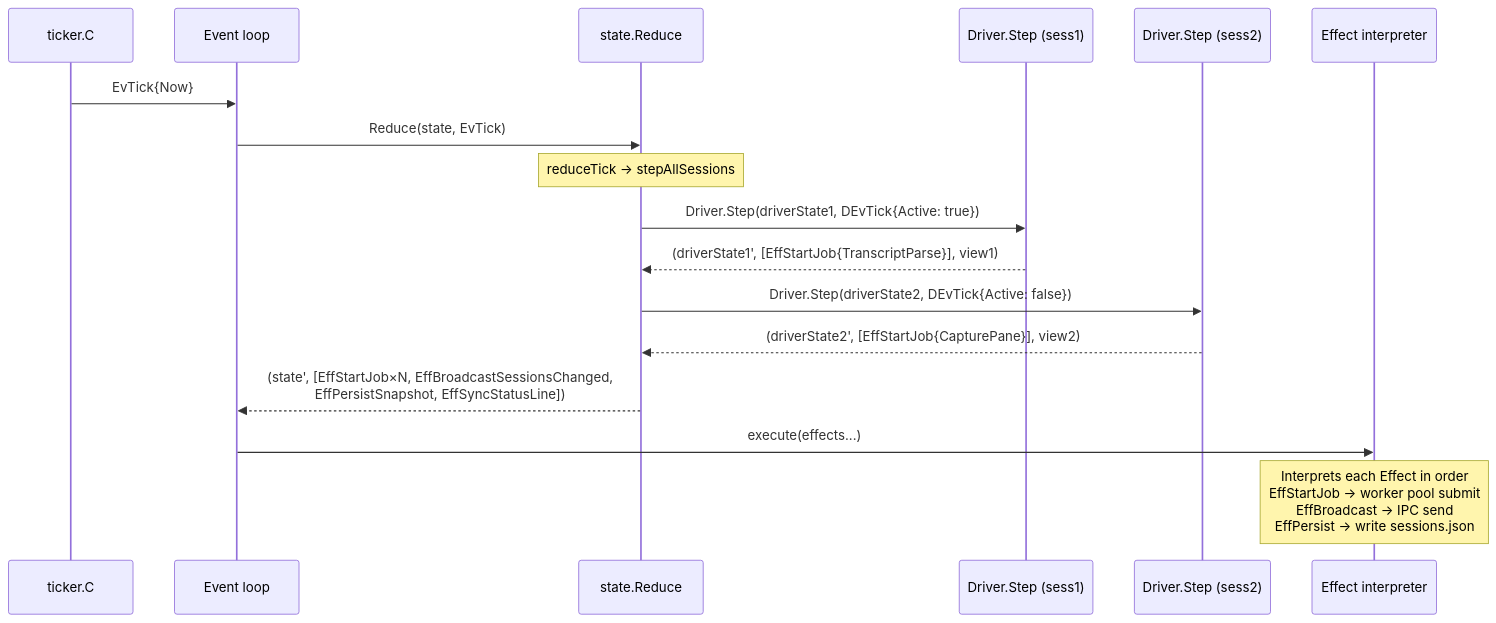
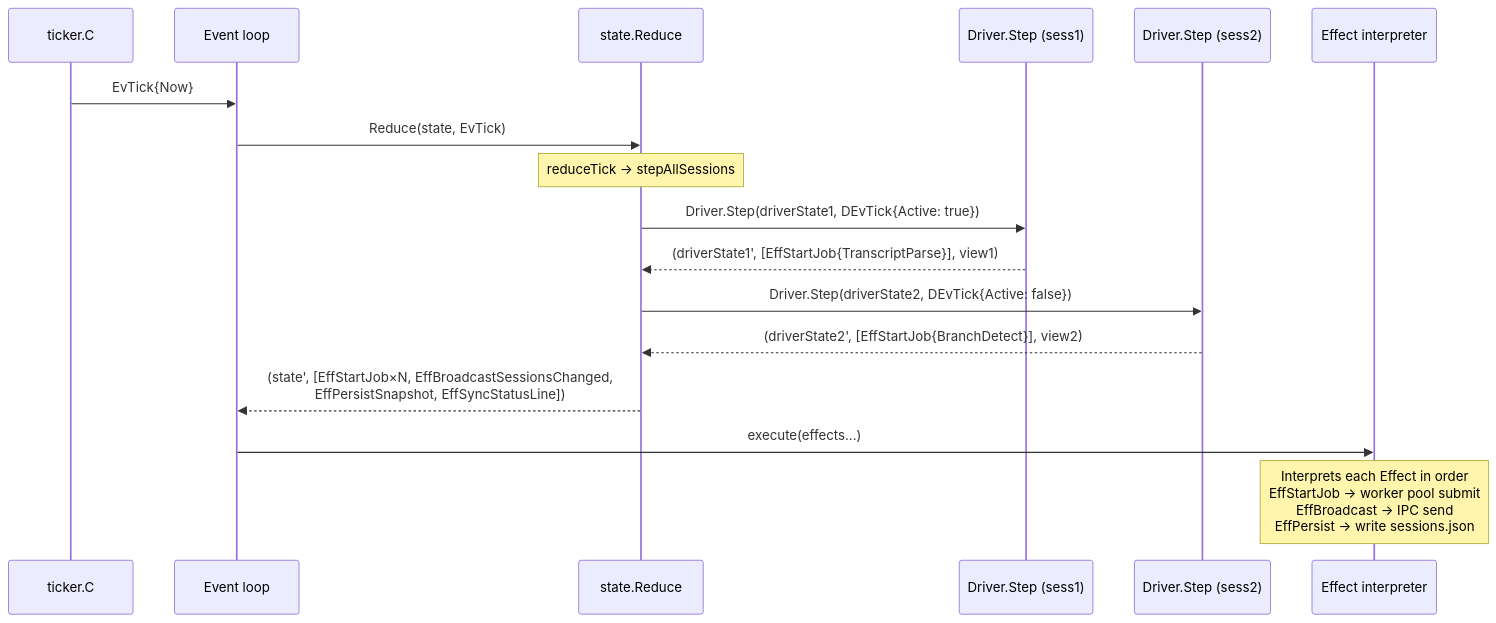
Before and after one commit to takezoh/agent-grid: the fifth of 6 diagrams in docs/ipc.md, drawn with Mermaid. The commit also changed other lines of this file and 4 other files, not shown here.

````diff
--- a/docs/ipc.md
+++ b/docs/ipc.md
@@ -215,20 +215,20 @@
 ```mermaid
 sequenceDiagram
     participant Tk as ticker.C
     participant EL as Event loop
     participant Red as state.Reduce
     participant D1 as Driver.Step (sess1)
     participant D2 as Driver.Step (sess2)
     participant Interp as Effect interpreter
 
     Tk->>EL: EvTick{Now}
     EL->>Red: Reduce(state, EvTick)
     Note over Red: reduceTick → stepAllSessions
     Red->>D1: Driver.Step(driverState1, DEvTick{Active: true})
     D1-->>Red: (driverState1', [EffStartJob{TranscriptParse}], view1)
     Red->>D2: Driver.Step(driverState2, DEvTick{Active: false})
-    D2-->>Red: (driverState2', [EffStartJob{CapturePane}], view2)
+    D2-->>Red: (driverState2', [EffStartJob{BranchDetect}], view2)
     Red-->>EL: (state', [EffStartJob×N, EffBroadcastSessionsChanged,<br/>EffPersistSnapshot, EffSyncStatusLine])
     EL->>Interp: execute(effects...)
     Note over Interp: Interprets each Effect in order<br/>EffStartJob → worker pool submit<br/>EffBroadcast → IPC send<br/>EffPersist → write sessions.json
 ```
````
